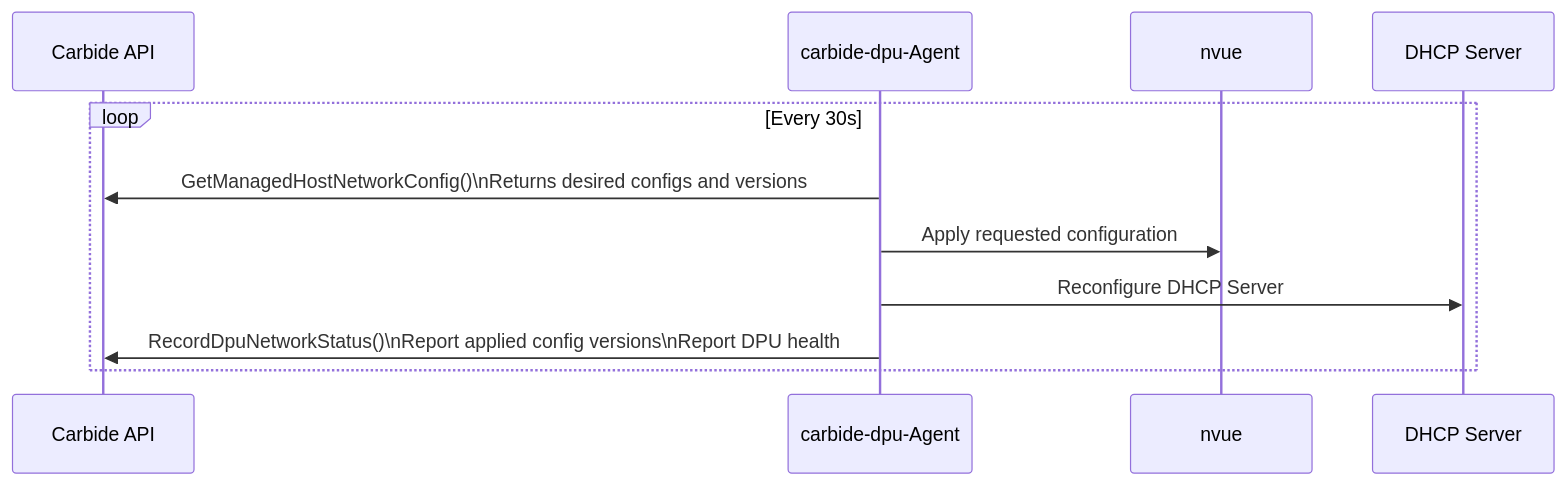
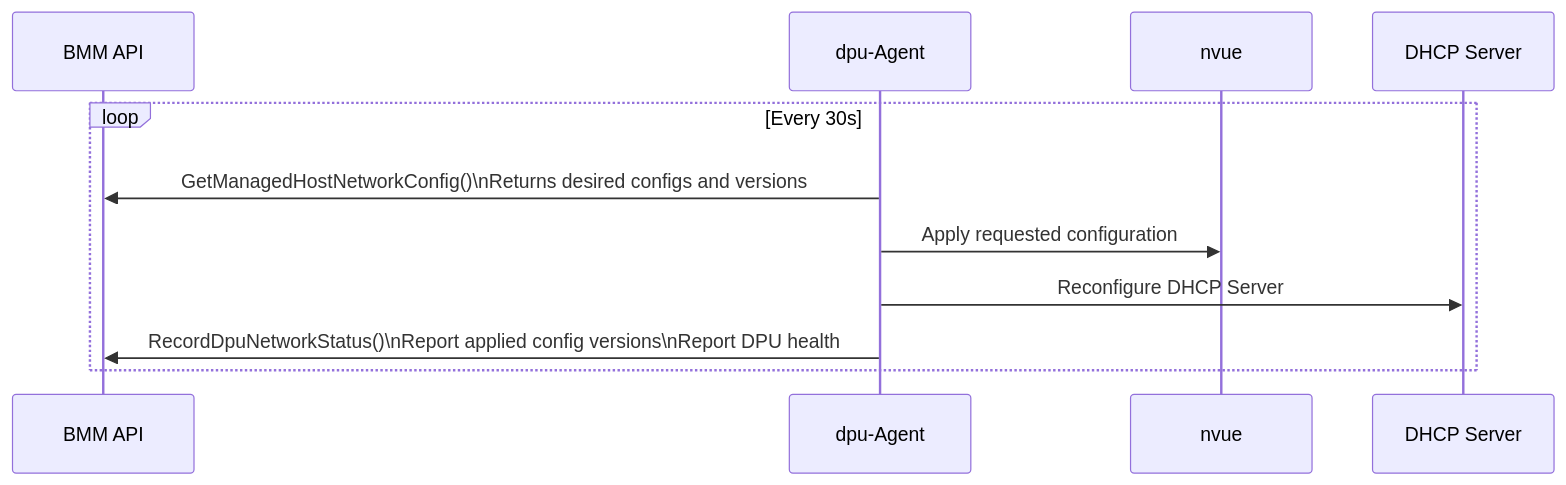
Before and after one commit to NVIDIA/bare-metal-manager-core: the first of 2 diagrams in docs/architecture/dpu_configuration.md, drawn with Mermaid. The commit also changed other lines of this file and 17 other files, not shown here.

````diff
--- a/docs/architecture/dpu_configuration.md
+++ b/docs/architecture/dpu_configuration.md
@@ -28,14 +28,14 @@
 ```{mermaid}
 sequenceDiagram
-    participant Carbide as Carbide API
-    participant Agent as carbide-dpu-Agent
+    participant BMM as BMM API
+    participant Agent as dpu-Agent
     participant Nvue as nvue
     participant Dhcp as DHCP Server
 
     loop Every 30s
-        Agent->>Carbide: GetManagedHostNetworkConfig()\nReturns desired configs and versions
+        Agent->>BMM: GetManagedHostNetworkConfig()\nReturns desired configs and versions
         Agent->>Nvue: Apply requested configuration
         Agent->>Dhcp: Reconfigure DHCP Server
-        Agent->>Carbide: RecordDpuNetworkStatus()\nReport applied config versions\nReport DPU health
+        Agent->>BMM: RecordDpuNetworkStatus()\nReport applied config versions\nReport DPU health
     end
 ```
````
